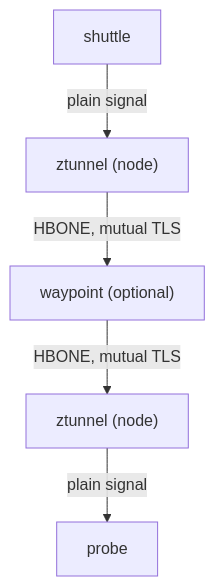
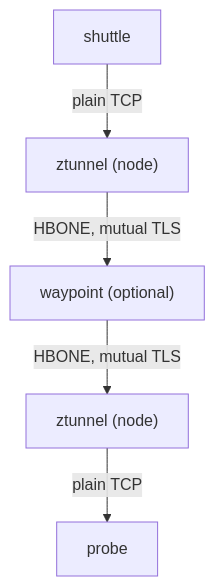
One commit to astrona-io/ATS015 changed the first of 3 diagrams in sections/section-060/module-01/course-01-the-ambient-dataplane.md. Above: the diagram before and after it, drawn with Mermaid. The commit also changed other lines of this file and 27 other files, not shown here.

````diff
--- a/sections/section-060/module-01/course-01-the-ambient-dataplane.md
+++ b/sections/section-060/module-01/course-01-the-ambient-dataplane.md
@@ -21,7 +21,7 @@
 ```mermaid
 flowchart TB
-    A["shuttle"] -->|"plain signal"| Z1["ztunnel (node)"]
+    A["shuttle"] -->|"plain TCP"| Z1["ztunnel (node)"]
     Z1 -->|"HBONE, mutual TLS"| W["waypoint (optional)"]
     W -->|"HBONE, mutual TLS"| Z2["ztunnel (node)"]
-    Z2 -->|"plain signal"| B["probe"]
+    Z2 -->|"plain TCP"| B["probe"]
 ```
````
